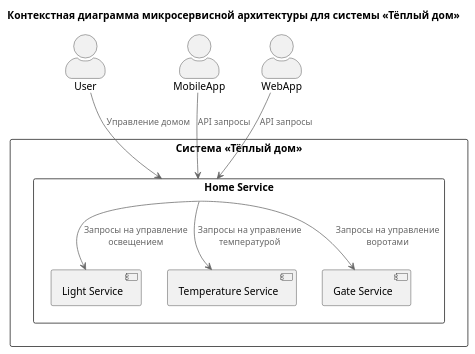
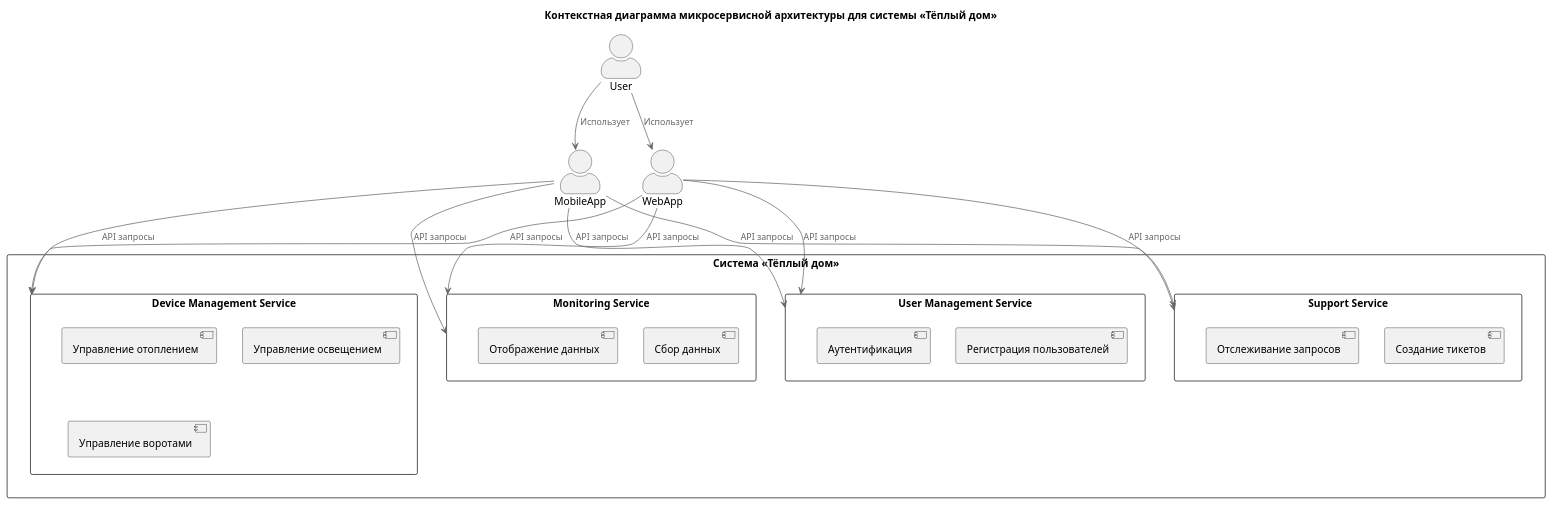
Before and after one commit to spinel/swa16: the diagram in diagrams/01/01_context_microservices.plantuml, drawn with PlantUML. The commit also changed 2 other files, not shown here.

```diff
--- a/diagrams/01/01_context_microservices.plantuml
+++ b/diagrams/01/01_context_microservices.plantuml
@@ -1,27 +1,43 @@
 @startuml
 title Контекстная диаграмма микросервисной архитектуры для системы «Тёплый дом»
 
 !includeurl https://raw.githubusercontent.com/RicardoNiepel/C4-PlantUML/master/C4_Context.puml
-
 
 actor User as user
 actor MobileApp as mobileApp
 actor WebApp as webApp
 
 rectangle "Система «Тёплый дом»" {
-    rectangle "Home Service" as homeService {
-        [Light Service]
-        [Temperature Service]
-        [Gate Service]
+    rectangle "Device Management Service" as deviceManagementService {
+        [Управление отоплением]
+        [Управление освещением]
+        [Управление воротами]
+    }
+    rectangle "Monitoring Service" as monitoringService {
+        [Сбор данных]
+        [Отображение данных]
+    }
+    rectangle "User Management Service" as userManagementService {
+        [Регистрация пользователей]
+        [Аутентификация]
+    }
+    rectangle "Support Service" as supportService {
+        [Создание тикетов]
+        [Отслеживание запросов]
     }
 }
 
-user --> homeService : Управление домом
-mobileApp --> homeService : API запросы
-webApp --> homeService : API запросы
+mobileApp --> deviceManagementService : API запросы
+mobileApp --> monitoringService : API запросы
+mobileApp --> userManagementService : API запросы
+mobileApp --> supportService : API запросы
 
-homeService --> [Light Service] : Запросы на управление освещением
-homeService --> [Temperature Service] : Запросы на управление температурой
-homeService --> [Gate Service] : Запросы на управление воротами
+webApp --> deviceManagementService : API запросы
+webApp --> monitoringService : API запросы
+webApp --> userManagementService : API запросы
+webApp --> supportService : API запросы
+
+user --> mobileApp : Использует
+user --> webApp : Использует
 
 @enduml
```
